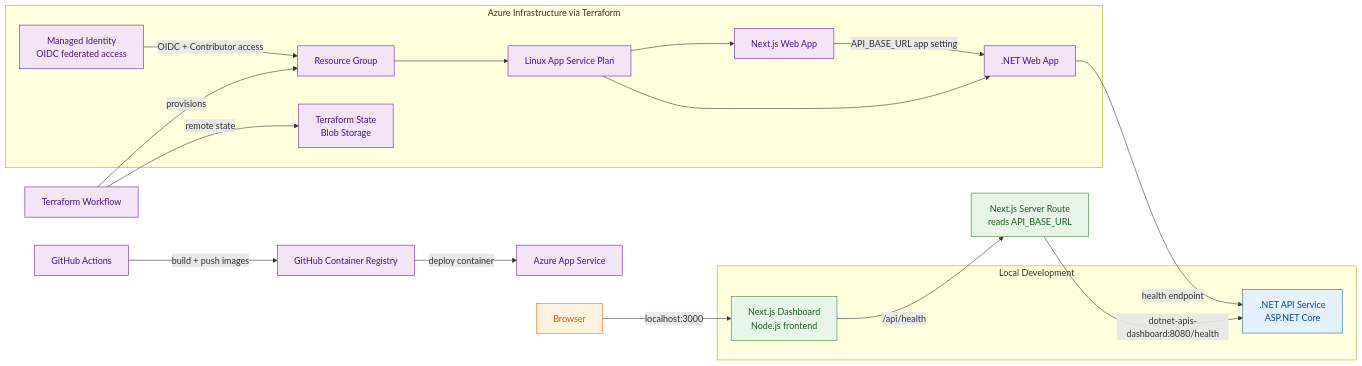
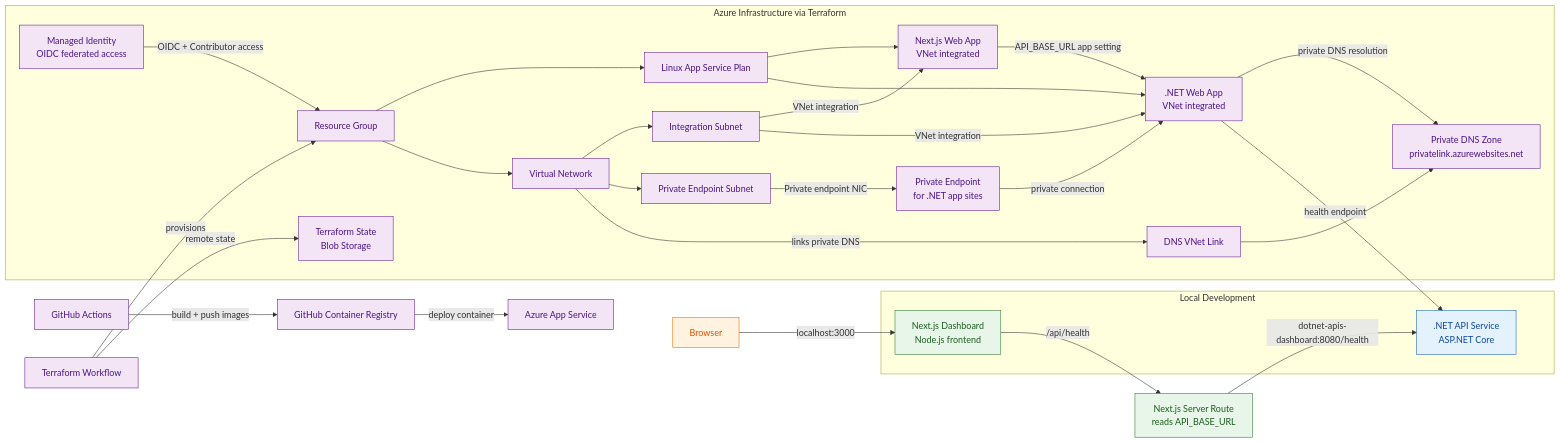
The diagram in README.md (vermavarun/_TheApplication), drawn with Mermaid before and after one commit. The commit also changed other lines of this file, not shown here.

Commit message:
feat: update README to include Azure Virtual Network and private endpoint details for app integration

````diff
--- a/README.md
+++ b/README.md
@@ -7,45 +7,61 @@
 ```mermaid
 flowchart LR
     User[Browser] -->|localhost:3000| Dashboard[Next.js Dashboard\nNode.js frontend]
     Dashboard -->|/api/health| NodeRoute[Next.js Server Route\nreads API_BASE_URL]
     NodeRoute -->|dotnet-apis-dashboard:8080/health| ApiService[.NET API Service\nASP.NET Core]
 
     subgraph Local[Local Development]
         Dashboard
         ApiService
     end
 
     GitHub[GitHub Actions] -->|build + push images| GHCR[GitHub Container Registry]
     GHCR -->|deploy container| Azure[Azure App Service]
 
     subgraph AzureInfra[Azure Infrastructure via Terraform]
         RG[Resource Group]
         Plan[Linux App Service Plan]
-        FrontendWeb[Next.js Web App]
-        BackendWeb[.NET Web App]
+        VNet[Virtual Network]
+        subnetApp[Integration Subnet]
+        subnetPE[Private Endpoint Subnet]
+        FrontendWeb[Next.js Web App\nVNet integrated]
+        BackendWeb[.NET Web App\nVNet integrated]
+        PE[Private Endpoint\nfor .NET app sites]
+        DNS[Private DNS Zone\nprivatelink.azurewebsites.net]
+        VNetLink[DNS VNet Link]
         MI[Managed Identity\nOIDC federated access]
         State[Terraform State\nBlob Storage]
     end
 
     Terraform[Terraform Workflow] -->|provisions| RG
     RG --> Plan
+    RG --> VNet
+    VNet --> subnetApp
+    VNet --> subnetPE
     Plan --> FrontendWeb
     Plan --> BackendWeb
+    subnetApp -->|VNet integration| FrontendWeb
+    subnetApp -->|VNet integration| BackendWeb
+    subnetPE -->|Private endpoint NIC| PE
+    PE -->|private connection| BackendWeb
+    VNet -->|links private DNS| VNetLink
+    VNetLink --> DNS
     MI -->|OIDC + Contributor access| RG
     Terraform -->|remote state| State
 
     FrontendWeb -->|API_BASE_URL app setting| BackendWeb
+    BackendWeb -->|private DNS resolution| DNS
     BackendWeb -->|health endpoint| ApiService
 
     classDef frontend fill:#e8f5e9,stroke:#2e7d32,color:#1b5e20,stroke-width:1px;
     classDef server fill:#e3f2fd,stroke:#1565c0,color:#0d47a1,stroke-width:1px;
     classDef user fill:#fff3e0,stroke:#ef6c00,color:#e65100,stroke-width:1px;
     classDef infra fill:#f3e5f5,stroke:#6a1b9a,color:#4a148c,stroke-width:1px;
 
     class User user;
     class Dashboard frontend;
     class NodeRoute frontend;
     class ApiService server;
-    class RG,Plan,FrontendWeb,BackendWeb,MI,State infra;
+    class RG,Plan,VNet,subnetApp,subnetPE,FrontendWeb,BackendWeb,PE,DNS,VNetLink,MI,State infra;
     class GitHub,GHCR,Terraform,Azure infra;
 ```
````
